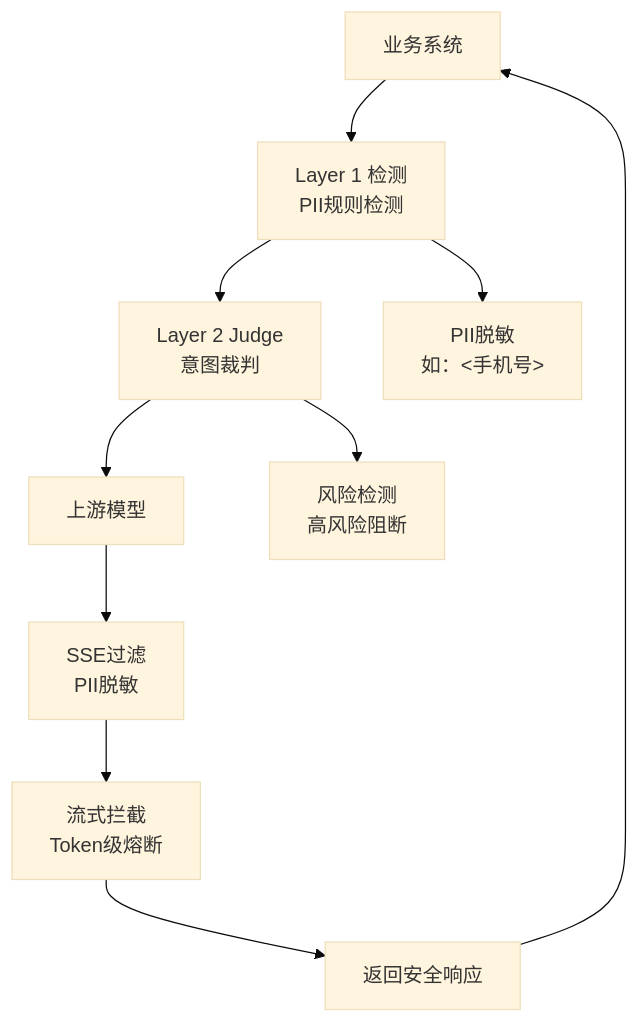
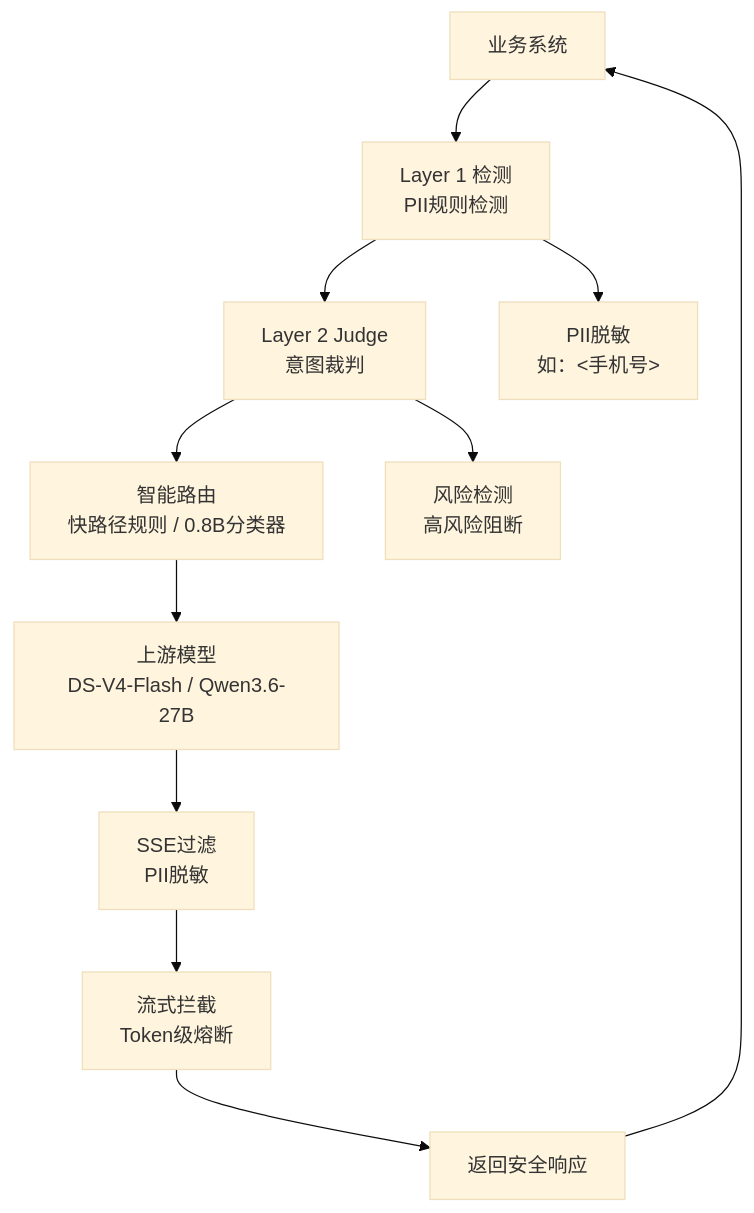
Before and after one commit to wonglaitung/splan: the second of 18 diagrams in 3. 银行大模型接入网关技术说明书.md, drawn with Mermaid (base theme). The commit also changed other lines of this file and 4 other files, not shown here.

````diff
--- a/3. 银行大模型接入网关技术说明书.md
+++ b/3. 银行大模型接入网关技术说明书.md
@@ -90,12 +96,13 @@
 ```mermaid
 flowchart TB
     BIZ["业务系统"] --> L1["Layer 1 检测<br/>PII规则检测"]
     L1 --> L2["Layer 2 Judge<br/>意图裁判"]
-    L2 --> UP["上游模型"]
+    L2 --> RT["智能路由<br/>快路径规则 / 0.8B分类器"]
+    RT --> UP["上游模型<br/>DS-V4-Flash / Qwen3.6-27B"]
     L1 --> M1["PII脱敏<br/>如：&lt;手机号&gt;"]
     L2 --> M2["风险检测<br/>高风险阻断"]
     UP --> F1["SSE过滤<br/>PII脱敏"]
     F1 --> F2["流式拦截<br/>Token级熔断"]
     F2 --> SAFE["返回安全响应"]
     SAFE --> BIZ
 ```
````
